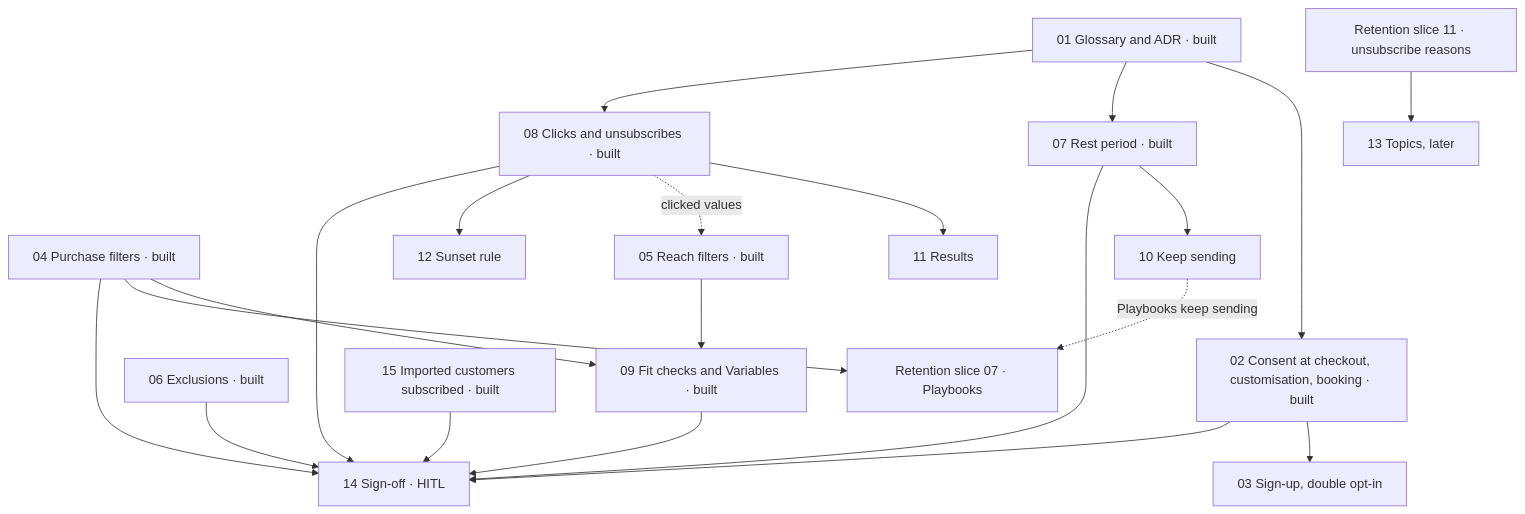
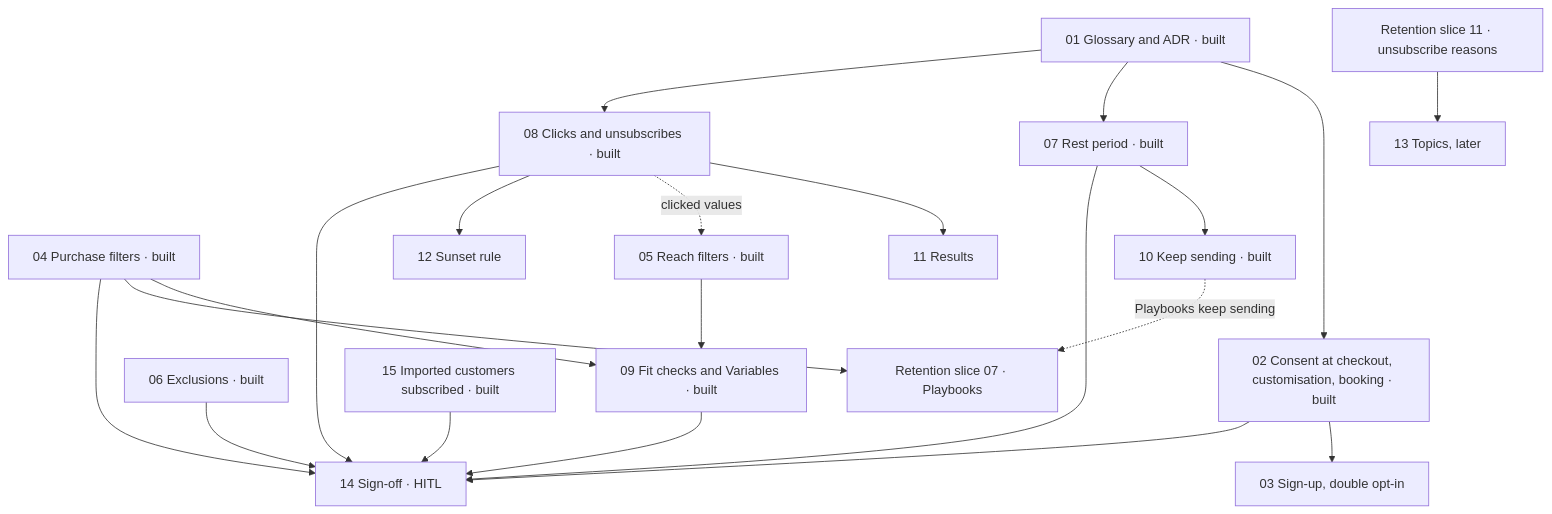
Before and after one commit to ivanyeors/mp: the diagram in .claude/PRD-campaign-audiences/issues/README.md, drawn with Mermaid. The commit also changed other lines of this file and 32 other files, not shown here.

````diff
--- a/.claude/PRD-campaign-audiences/issues/README.md
+++ b/.claude/PRD-campaign-audiences/issues/README.md
@@ -34,39 +34,39 @@
 ```mermaid
 graph TD
   s01[01 Glossary and ADR · built]
   s02[02 Consent at checkout, customisation, booking · built]
   s03[03 Sign-up, double opt-in]
   s04[04 Purchase filters · built]
   s05[05 Reach filters · built]
   s06[06 Exclusions · built]
   s07[07 Rest period · built]
   s08[08 Clicks and unsubscribes · built]
   s09[09 Fit checks and Variables · built]
-  s10[10 Keep sending]
+  s10[10 Keep sending · built]
   s11[11 Results]
   s12[12 Sunset rule]
   s13[13 Topics, later]
   s14[14 Sign-off · HITL]
   s15[15 Imported customers subscribed · built]
   r07[Retention slice 07 · Playbooks]
   r11[Retention slice 11 · unsubscribe reasons]
 
   s15 --> s14
   s01 --> s02 --> s03
   s01 --> s07 --> s10
   s01 --> s08
   s08 --> s11
   s08 -. clicked values .-> s05
   s08 --> s12
   s04 --> s09
   s05 --> s09
   s04 --> r07
   s10 -. Playbooks keep sending .-> r07
   r11 --> s13
   s02 --> s14
   s04 --> s14
   s06 --> s14
   s07 --> s14
   s08 --> s14
   s09 --> s14
 ```
````
